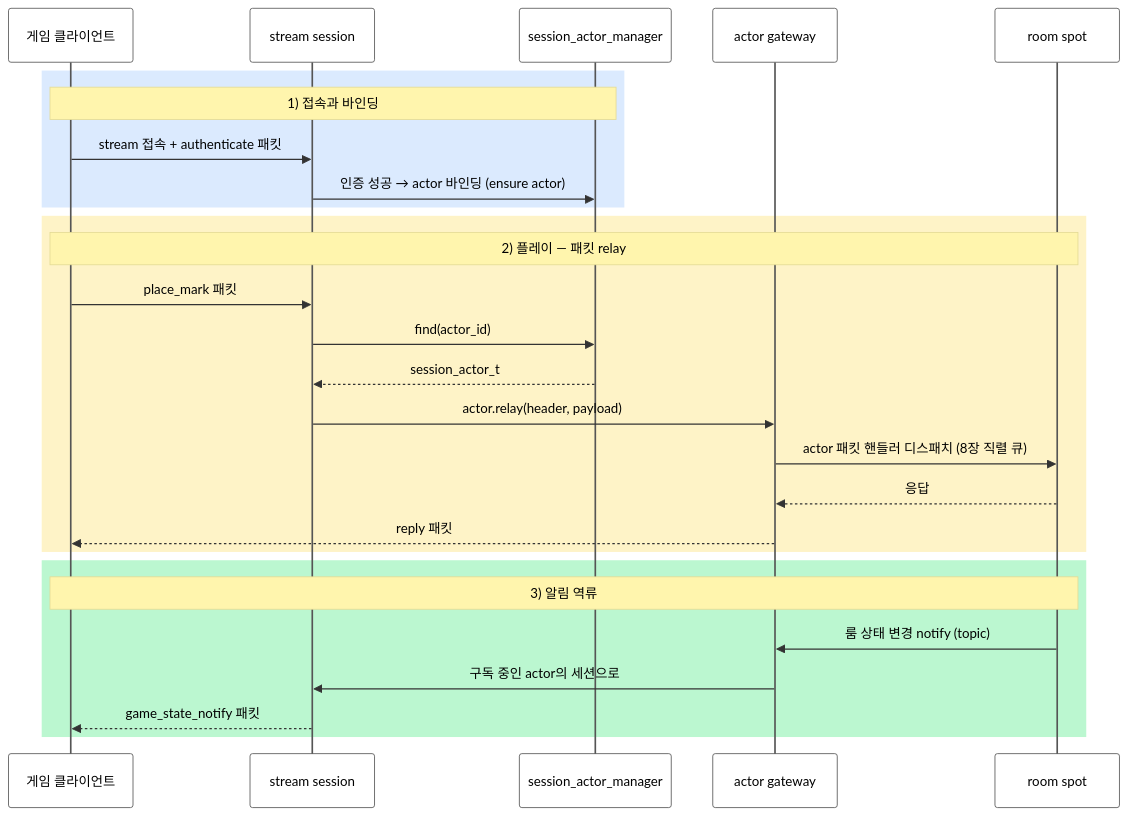
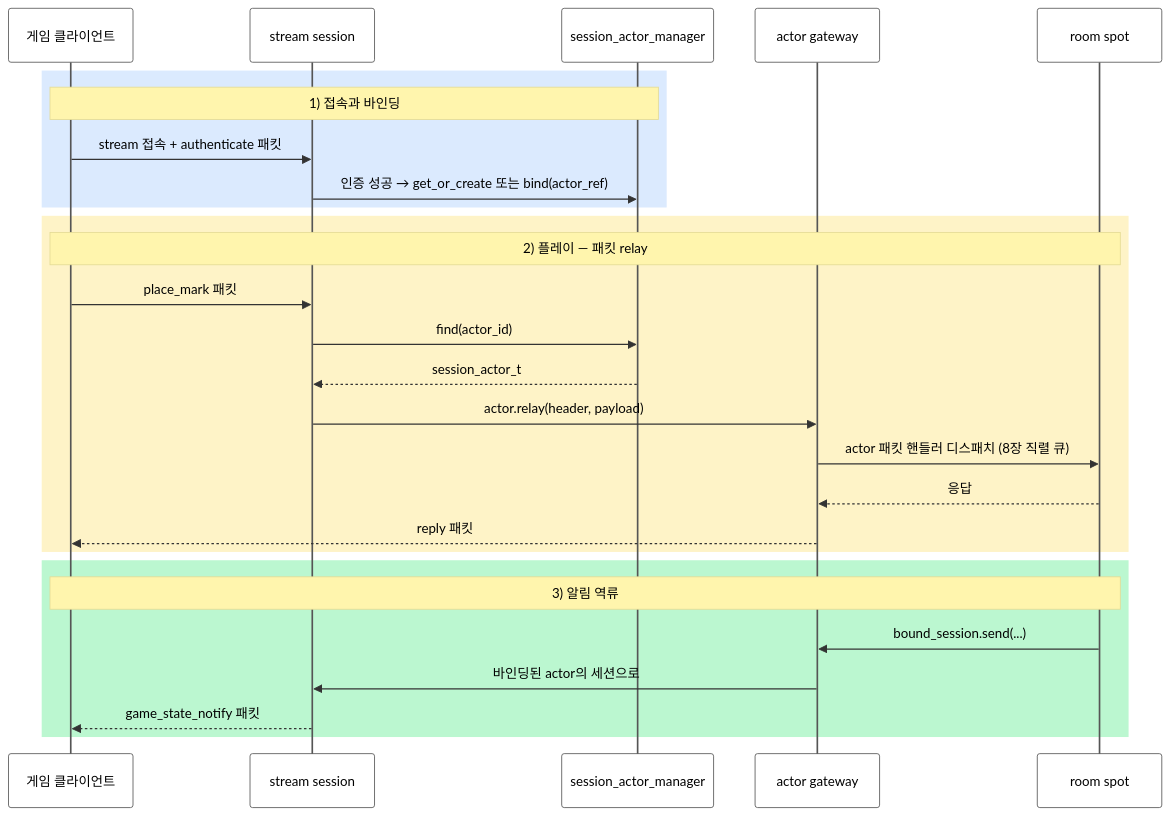
One commit to kairos-code-dev/zlink changed the diagram in framework/languages/cpp/doc/guide/09-actor-session.ko.md. Above: the diagram before and after it, drawn with Mermaid. The commit also changed other lines of this file and 32 other files, not shown here.

````diff
--- a/framework/languages/cpp/doc/guide/09-actor-session.ko.md
+++ b/framework/languages/cpp/doc/guide/09-actor-session.ko.md
@@ -12,33 +12,33 @@
 ```mermaid
 %%{init: {'theme': 'base', 'themeVariables': {'signalTextColor': '#000000', 'actorTextColor': '#000000', 'noteTextColor': '#000000', 'actorBkg': '#ffffff', 'actorBorder': '#555555', 'activationBorderColor': '#555555'}}}%%
 sequenceDiagram
     participant C as 게임 클라이언트
     participant SS as stream session
     participant AM as session_actor_manager
     participant GW as actor gateway
     participant SP as room spot
 
     rect rgb(219, 234, 254)
     Note over C,AM: 1) 접속과 바인딩
     C->>SS: stream 접속 + authenticate 패킷
-    SS->>AM: 인증 성공 → actor 바인딩 (ensure actor)
+    SS->>AM: 인증 성공 → get_or_create 또는 bind(actor_ref)
     end
 
     rect rgb(254, 243, 199)
     Note over C,SP: 2) 플레이 — 패킷 relay
     C->>SS: place_mark 패킷
     SS->>AM: find(actor_id)
     AM-->>SS: session_actor_t
     SS->>GW: actor.relay(header, payload)
     GW->>SP: actor 패킷 핸들러 디스패치 (8장 직렬 큐)
     SP-->>GW: 응답
     GW-->>C: reply 패킷
     end
 
     rect rgb(187, 247, 208)
     Note over SP,C: 3) 알림 역류
-    SP->>GW: 룸 상태 변경 notify (topic)
-    GW->>SS: 구독 중인 actor의 세션으로
+    SP->>GW: bound_session.send(...)
+    GW->>SS: 바인딩된 actor의 세션으로
     SS-->>C: game_state_notify 패킷
     end
 ```
````
